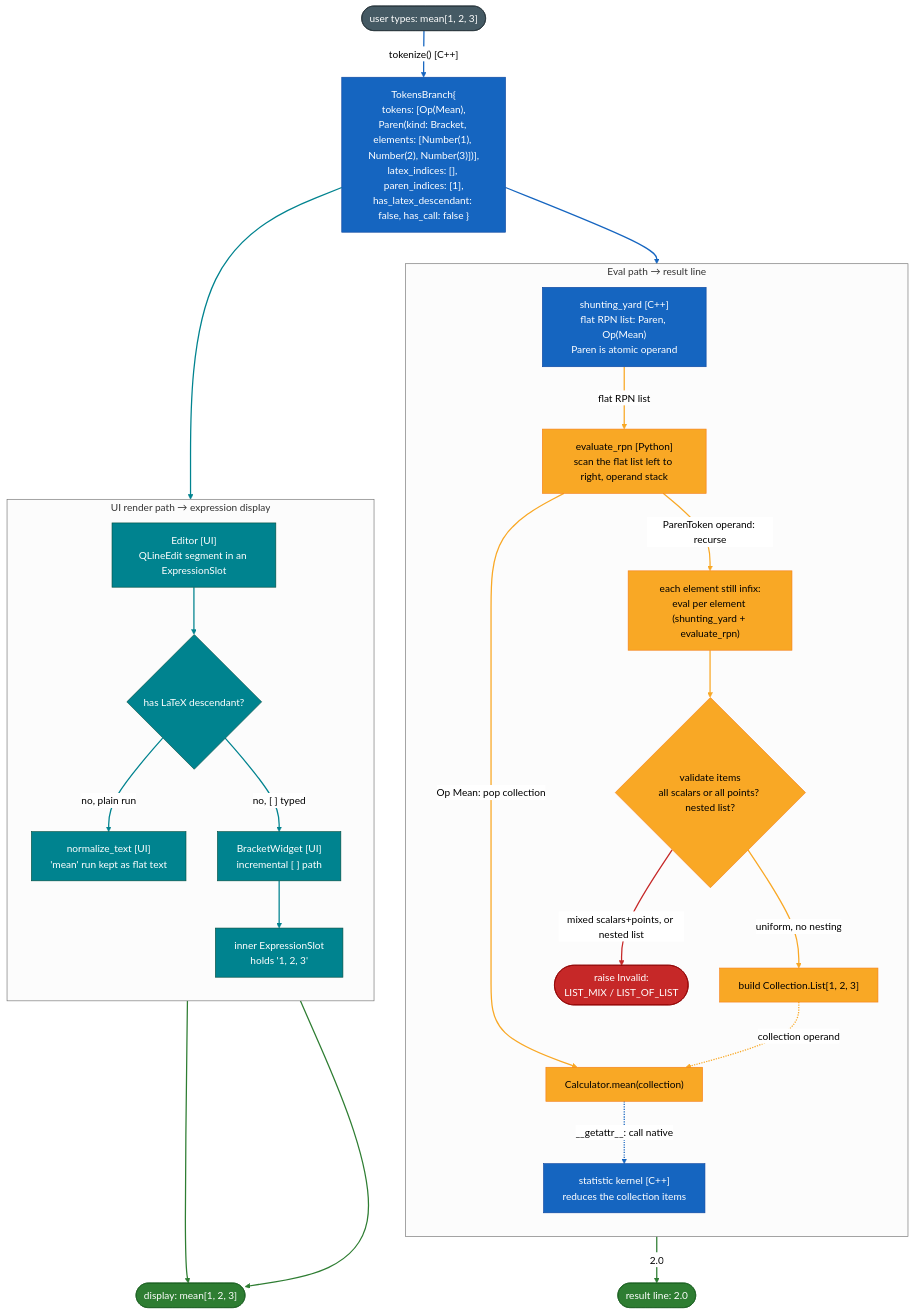
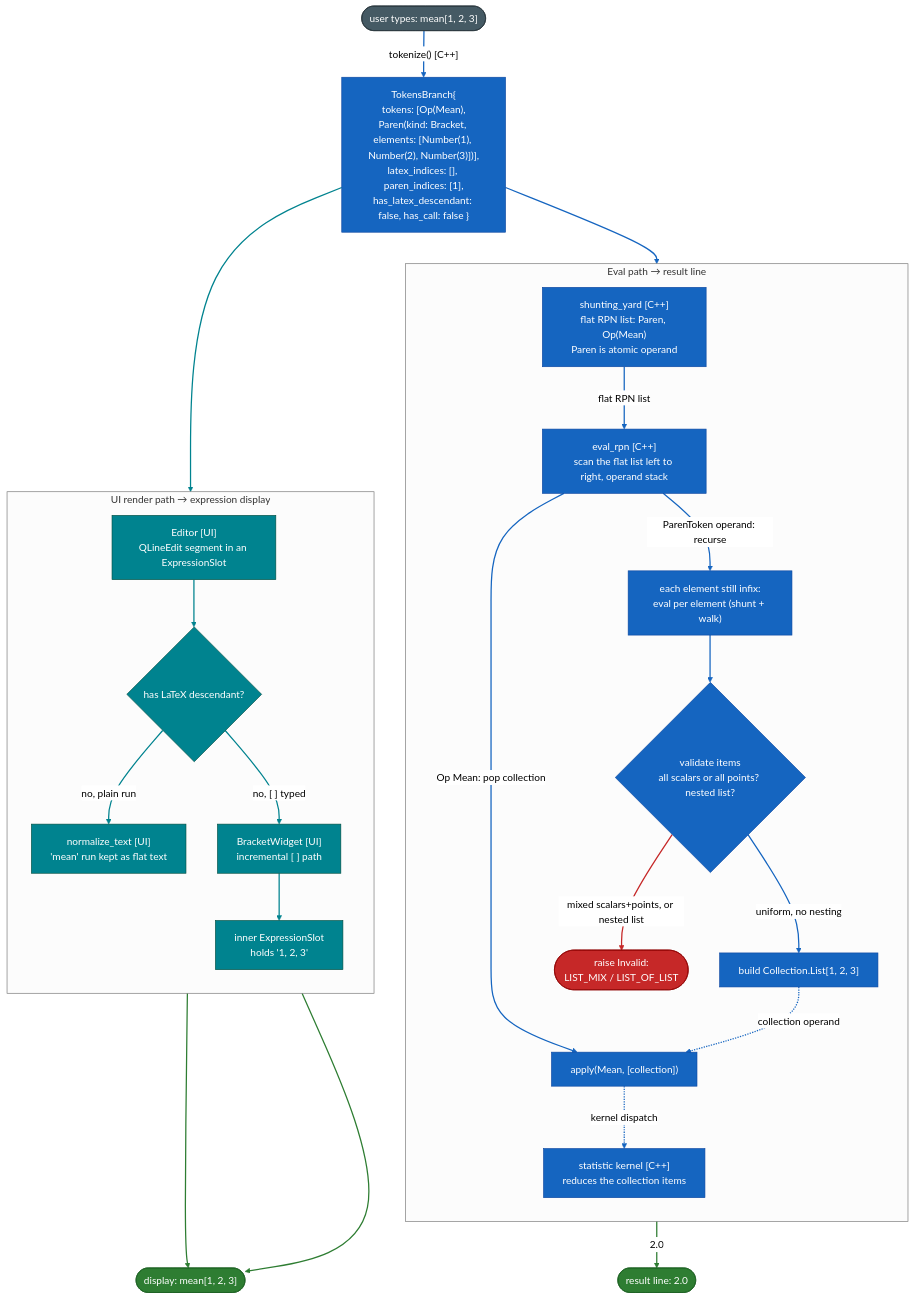
One commit to 0x74h51N/TCalc changed the third of 3 diagrams in docs/architecture.md. Above: the diagram before and after it, drawn with Mermaid (neutral theme). The commit also changed other lines of this file and 2 other files, not shown here.

First line of the commit message:
docs: update native evaluator

````diff
--- a/docs/architecture.md
+++ b/docs/architecture.md
@@ -194,63 +190,61 @@
 ```mermaid
 flowchart TD
     IN(["user types: mean[1, 2, 3]"])
     IN -->|"tokenize() [C++]"| TB["TokensBranch{<br/>tokens: [Op(Mean),<br/>Paren(kind: Bracket, elements: [Number(1), Number(2), Number(3)])],<br/>latex_indices: [], paren_indices: [1],<br/>has_latex_descendant: false, has_call: false }"]
 
     subgraph EVAL ["Eval path &rarr; result line"]
         direction TB
         SY["shunting_yard [C++]<br/>flat RPN list: Paren, Op(Mean)<br/>Paren is atomic operand"]
-        RUN["evaluate_rpn [Python]<br/>scan the flat list left to right, operand stack"]
-        B1["each element still infix:<br/>eval per element (shunting_yard + evaluate_rpn)"]
+        RUN["eval_rpn [C++]<br/>scan the flat list left to right, operand stack"]
+        B1["each element still infix:<br/>eval per element (shunt + walk)"]
         B2{"validate items<br/>all scalars or all points? nested list?"}
         B3["build Collection.List[1, 2, 3]"]
         ERR(["raise Invalid:<br/>LIST_MIX / LIST_OF_LIST"])
-        RED["Calculator.mean(collection)"]
+        RED["apply(Mean, [collection])"]
         KERN["statistic kernel [C++]<br/>reduces the collection items"]
         SY -->|flat RPN list| RUN
         RUN -->|"ParenToken operand: recurse"| B1
         B1 --> B2
         B2 -->|"uniform, no nesting"| B3
         B2 -->|"mixed scalars+points, or nested list"| ERR
         RUN -->|"Op Mean: pop collection"| RED
         B3 -.->|"collection operand"| RED
-        RED -.->|"__getattr__: call native"| KERN
+        RED -.->|"kernel dispatch"| KERN
     end
 
     subgraph REND ["UI render path &rarr; expression display"]
         direction TB
         ED["Editor [UI]<br/>QLineEdit segment in an ExpressionSlot"]
         GATE{"has LaTeX descendant?"}
         NORM["normalize_text [UI]<br/>'mean' run kept as flat text"]
         BW["BracketWidget [UI]<br/>incremental [ ] path"]
         INNER["inner ExpressionSlot<br/>holds '1, 2, 3'"]
         ED --> GATE
         GATE -->|"no, plain run"| NORM
         GATE -->|"no, [ ] typed"| BW
         BW --> INNER
     end
 
     TB --> SY
     TB --> ED
     KERN -->|"2.0"| RES(["result line: 2.0"])
     NORM --> DISP(["display: mean[1, 2, 3]"])
     INNER --> DISP
 
     classDef input fill:#455a64,stroke:#263238,color:#fff;
     classDef cpp fill:#1565c0,stroke:#0d47a1,color:#fff;
     classDef py fill:#f9a825,stroke:#f57f17,color:#000;
     classDef ui fill:#00838f,stroke:#004d40,color:#fff;
     classDef out fill:#2e7d32,stroke:#1b5e20,color:#fff;
     classDef err fill:#c62828,stroke:#8e0000,color:#fff;
     class IN input;
-    class TB,SY,KERN cpp;
-    class RUN,B1,B2,B3,RED py;
+    class TB,SY,KERN,RUN,B1,B2,B3,RED cpp;
     class ED,GATE,NORM,BW,INNER ui;
     class RES,DISP out;
     class ERR err;
 
-    linkStyle 0,8,13 stroke:#1565c0,stroke-width:2px;
-    linkStyle 1,2,3,4,6,7 stroke:#f9a825,stroke-width:2px;
+    linkStyle 0,1,2,3,4,6,7,8,13 stroke:#1565c0,stroke-width:2px;
     linkStyle 5 stroke:#c62828,stroke-width:2px;
     linkStyle 9,10,11,12,14 stroke:#00838f,stroke-width:2px;
     linkStyle 15,16,17 stroke:#2e7d32,stroke-width:2px;
 ```
````
